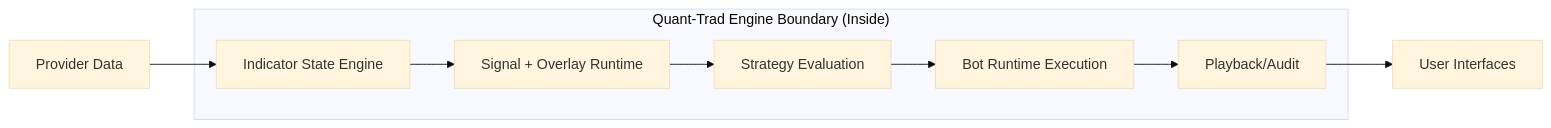
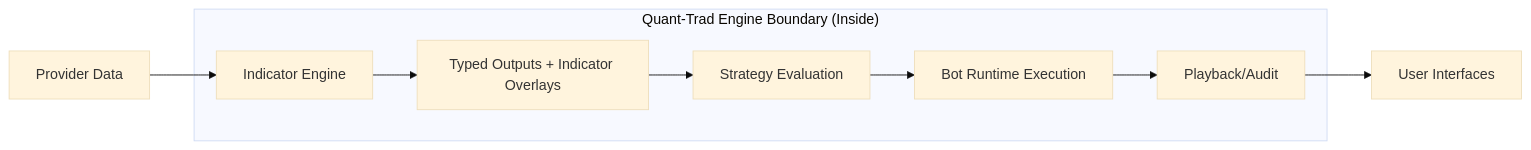
One commit to elijahbrookss/quant-trad changed the diagram in docs/architecture/engine/ENGINE_OVERVIEW.md. Above: the diagram before and after it, drawn with Mermaid (base theme). The commit also changed other lines of this file and 39 other files, not shown here.

````diff
--- a/docs/architecture/engine/ENGINE_OVERVIEW.md
+++ b/docs/architecture/engine/ENGINE_OVERVIEW.md
@@ -51,11 +51,11 @@
 ```mermaid
 flowchart LR
     subgraph INSIDE["Quant-Trad Engine Boundary (Inside)"]
-        A[Indicator State Engine] --> B[Signal + Overlay Runtime]
+        A[Indicator Engine] --> B[Typed Outputs + Indicator Overlays]
         B --> C[Strategy Evaluation]
         C --> D[Bot Runtime Execution]
         D --> E[Playback/Audit]
     end
     X[Provider Data] --> A
     E --> Y[User Interfaces]
 ```
````
